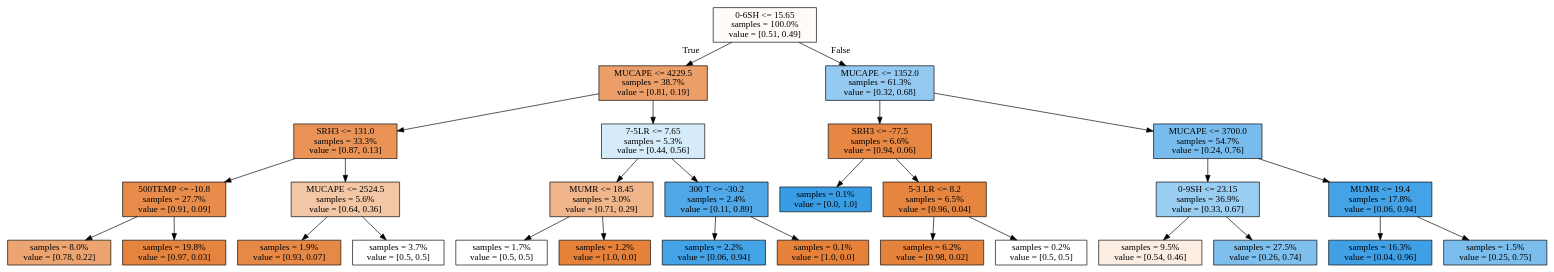
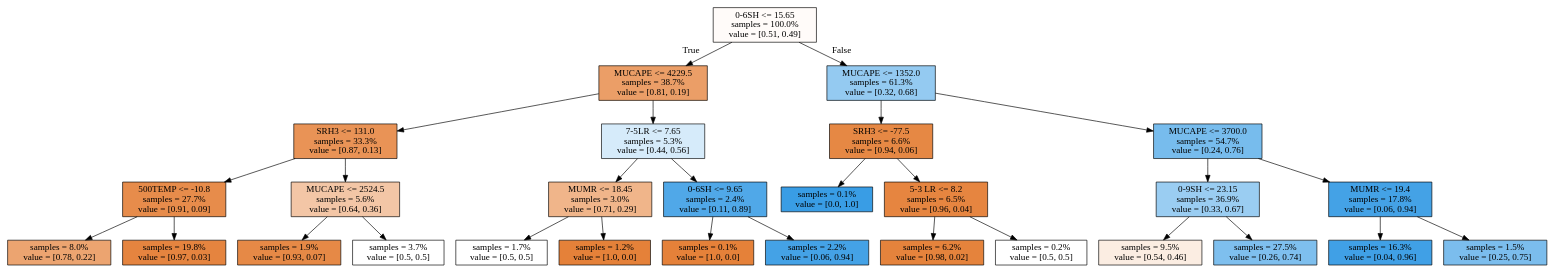
Before and after one commit to djgagne/ou_grad_5203_fall_2016: the diagram in hail_tree.dot, drawn with Graphviz. The commit also changed 1 other file, not shown here.

```diff
--- a/hail_tree.dot
+++ b/hail_tree.dot
@@ -1,60 +1,60 @@
 digraph Tree {
 node [shape=box, style="filled", color="black"] ;
 0 [label="0-6SH <= 15.65\nsamples = 100.0%\nvalue = [0.51, 0.49]", fillcolor="#e5813908"] ;
 1 [label="MUCAPE <= 4229.5\nsamples = 38.7%\nvalue = [0.81, 0.19]", fillcolor="#e58139c3"] ;
 0 -> 1 [labeldistance=2.5, labelangle=45, headlabel="True"] ;
 2 [label="SRH3 <= 131.0\nsamples = 33.3%\nvalue = [0.87, 0.13]", fillcolor="#e58139d9"] ;
 1 -> 2 ;
 3 [label="500TEMP <= -10.8\nsamples = 27.7%\nvalue = [0.91, 0.09]", fillcolor="#e58139e7"] ;
 2 -> 3 ;
 4 [label="samples = 8.0%\nvalue = [0.78, 0.22]", fillcolor="#e58139b8"] ;
 3 -> 4 ;
 5 [label="samples = 19.8%\nvalue = [0.97, 0.03]", fillcolor="#e58139f7"] ;
 3 -> 5 ;
 6 [label="MUCAPE <= 2524.5\nsamples = 5.6%\nvalue = [0.64, 0.36]", fillcolor="#e5813972"] ;
 2 -> 6 ;
 7 [label="samples = 1.9%\nvalue = [0.93, 0.07]", fillcolor="#e58139ed"] ;
 6 -> 7 ;
 8 [label="samples = 3.7%\nvalue = [0.5, 0.5]", fillcolor="#e5813900"] ;
 6 -> 8 ;
 9 [label="7-5LR <= 7.65\nsamples = 5.3%\nvalue = [0.44, 0.56]", fillcolor="#399de535"] ;
 1 -> 9 ;
 10 [label="MUMR <= 18.45\nsamples = 3.0%\nvalue = [0.71, 0.29]", fillcolor="#e5813996"] ;
 9 -> 10 ;
 11 [label="samples = 1.7%\nvalue = [0.5, 0.5]", fillcolor="#e5813900"] ;
 10 -> 11 ;
 12 [label="samples = 1.2%\nvalue = [1.0, 0.0]", fillcolor="#e58139ff"] ;
 10 -> 12 ;
-13 [label="300 T <= -30.2\nsamples = 2.4%\nvalue = [0.11, 0.89]", fillcolor="#399de5e1"] ;
+13 [label="0-6SH <= 9.65\nsamples = 2.4%\nvalue = [0.11, 0.89]", fillcolor="#399de5e1"] ;
 9 -> 13 ;
-14 [label="samples = 2.2%\nvalue = [0.06, 0.94]", fillcolor="#399de5f0"] ;
+14 [label="samples = 0.1%\nvalue = [1.0, 0.0]", fillcolor="#e58139ff"] ;
 13 -> 14 ;
-15 [label="samples = 0.1%\nvalue = [1.0, 0.0]", fillcolor="#e58139ff"] ;
+15 [label="samples = 2.2%\nvalue = [0.06, 0.94]", fillcolor="#399de5f0"] ;
 13 -> 15 ;
 16 [label="MUCAPE <= 1352.0\nsamples = 61.3%\nvalue = [0.32, 0.68]", fillcolor="#399de589"] ;
 0 -> 16 [labeldistance=2.5, labelangle=-45, headlabel="False"] ;
 17 [label="SRH3 <= -77.5\nsamples = 6.6%\nvalue = [0.94, 0.06]", fillcolor="#e58139f0"] ;
 16 -> 17 ;
 18 [label="samples = 0.1%\nvalue = [0.0, 1.0]", fillcolor="#399de5ff"] ;
 17 -> 18 ;
 19 [label="5-3 LR <= 8.2\nsamples = 6.5%\nvalue = [0.96, 0.04]", fillcolor="#e58139f5"] ;
 17 -> 19 ;
 20 [label="samples = 6.2%\nvalue = [0.98, 0.02]", fillcolor="#e58139fa"] ;
 19 -> 20 ;
 21 [label="samples = 0.2%\nvalue = [0.5, 0.5]", fillcolor="#e5813900"] ;
 19 -> 21 ;
 22 [label="MUCAPE <= 3700.0\nsamples = 54.7%\nvalue = [0.24, 0.76]", fillcolor="#399de5ae"] ;
 16 -> 22 ;
 23 [label="0-9SH <= 23.15\nsamples = 36.9%\nvalue = [0.33, 0.67]", fillcolor="#399de581"] ;
 22 -> 23 ;
 24 [label="samples = 9.5%\nvalue = [0.54, 0.46]", fillcolor="#e5813925"] ;
 23 -> 24 ;
 25 [label="samples = 27.5%\nvalue = [0.26, 0.74]", fillcolor="#399de5a6"] ;
 23 -> 25 ;
 26 [label="MUMR <= 19.4\nsamples = 17.8%\nvalue = [0.06, 0.94]", fillcolor="#399de5f0"] ;
 22 -> 26 ;
 27 [label="samples = 16.3%\nvalue = [0.04, 0.96]", fillcolor="#399de5f5"] ;
 26 -> 27 ;
 28 [label="samples = 1.5%\nvalue = [0.25, 0.75]", fillcolor="#399de5aa"] ;
 26 -> 28 ;
 }
```
